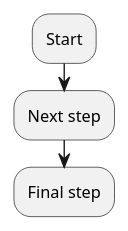
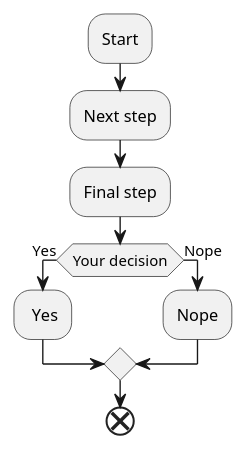
The diagram in Diagram/Diagramm.puml (Stanyslav25/Plant_Uml_VCS), drawn with PlantUML before and after one commit.

Commit message:
Change uml diagramm and wire frame

```diff
--- a/Diagram/Diagramm.puml
+++ b/Diagram/Diagramm.puml
@@ -1,5 +1,11 @@
 @startuml
 :Start;
 :Next step;
 :Final step;
+if (Your decision) then (Yes)
+: Yes;
+else (Nope)
+:Nope;
+endIf
+end
 @enduml
```
